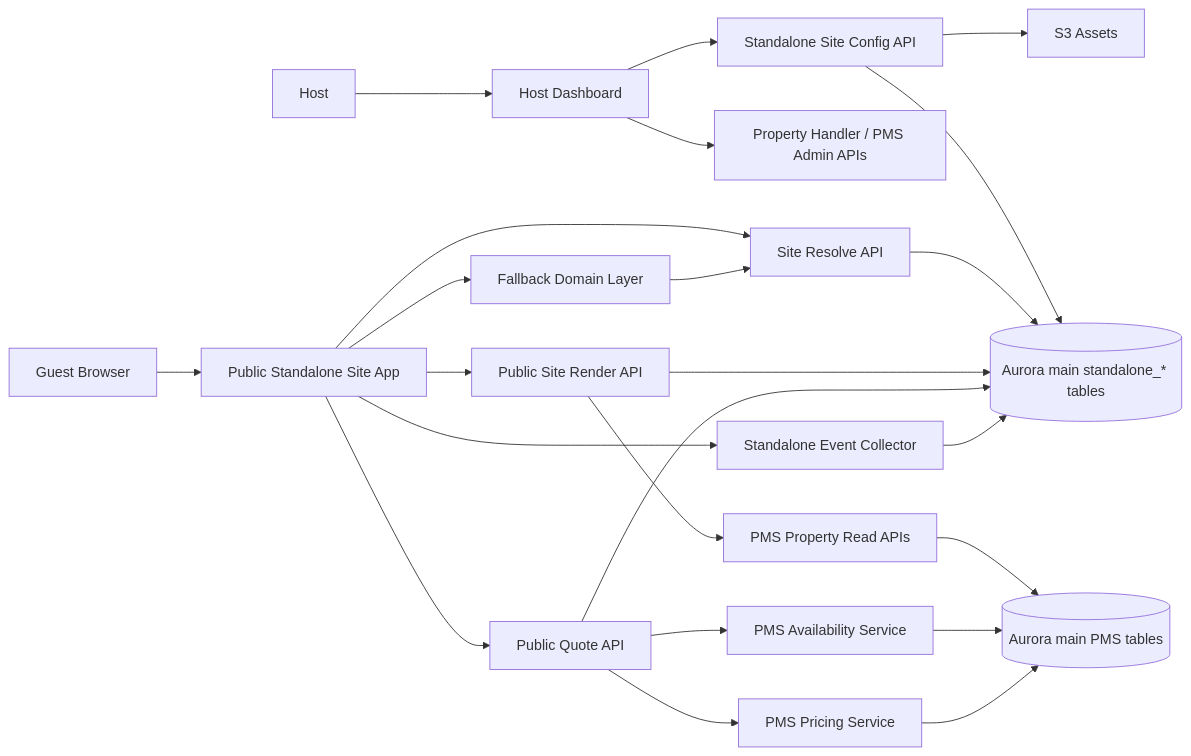
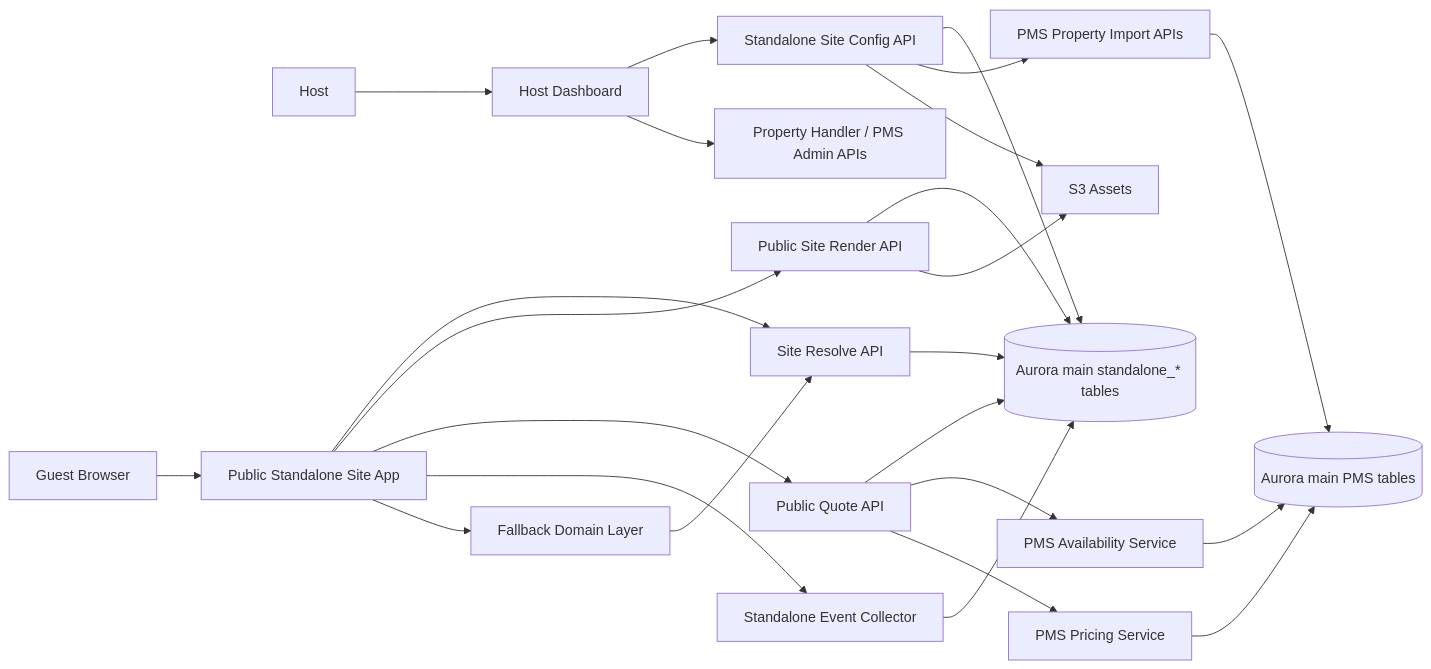
Before and after one commit to domits1/Domits: the first of 8 diagrams in docs/internal/apis/directbookingwebsite/standalone_property_site_design_pack.md, drawn with Mermaid. The commit also changed other lines of this file and 2 other files, not shown here.

Commit message:
docs(standalone-site): align v1 architecture docs with published snapshots and english-first locale

````diff
--- a/docs/internal/apis/directbookingwebsite/standalone_property_site_design_pack.md
+++ b/docs/internal/apis/directbookingwebsite/standalone_property_site_design_pack.md
@@ -120,29 +123,30 @@
 ```mermaid
 flowchart LR
     Host[Host] --> Dashboard[Host Dashboard]
     Dashboard --> ConfigAPI[Standalone Site Config API]
     Dashboard --> PMSAdmin[Property Handler / PMS Admin APIs]
 
     Guest[Guest Browser] --> Renderer[Public Standalone Site App]
     Renderer --> ResolveAPI[Site Resolve API]
     Renderer --> SiteAPI[Public Site Render API]
     Renderer --> QuoteAPI[Public Quote API]
     Renderer --> EventAPI[Standalone Event Collector]
 
     ConfigAPI --> StandaloneDB[(Aurora main standalone_* tables)]
     ResolveAPI --> StandaloneDB
     SiteAPI --> StandaloneDB
     QuoteAPI --> StandaloneDB
     EventAPI --> StandaloneDB
 
-    SiteAPI --> PMSRead[PMS Property Read APIs]
+    ConfigAPI --> PMSImport[PMS Property Import APIs]
     QuoteAPI --> PMSAvailability[PMS Availability Service]
     QuoteAPI --> PMSPricing[PMS Pricing Service]
-    PMSRead --> PMSDB[(Aurora main PMS tables)]
+    PMSImport --> PMSDB[(Aurora main PMS tables)]
     PMSAvailability --> PMSDB
     PMSPricing --> PMSDB
 
     ConfigAPI --> Assets[S3 Assets]
+    SiteAPI --> Assets
     Renderer --> DomainLayer[Fallback Domain Layer]
     DomainLayer --> ResolveAPI
 ```
````
